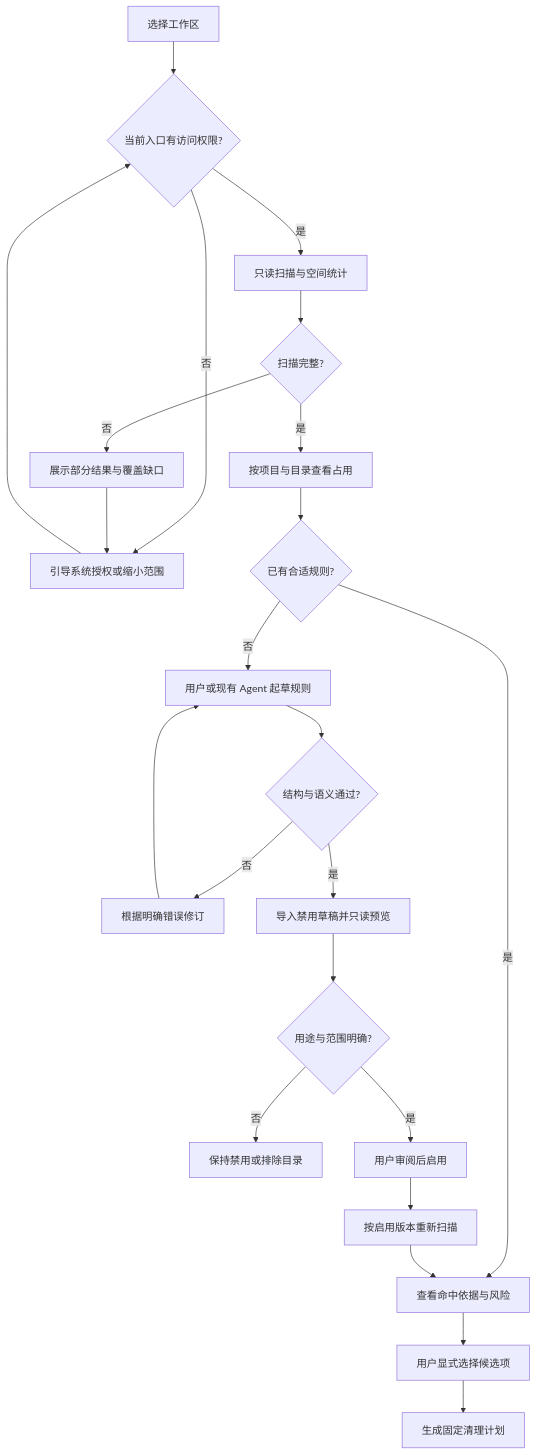
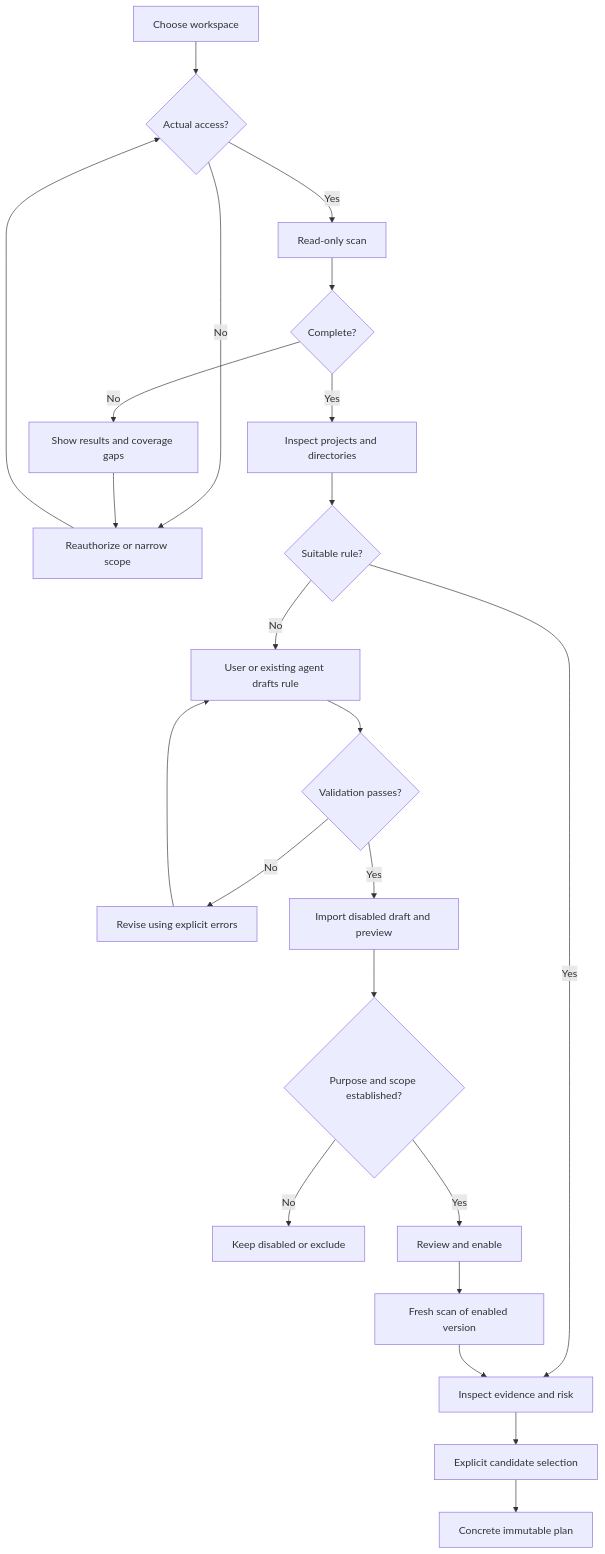
One commit to limecloud/shou changed the first of 6 diagrams in docs/architecture/workflows-and-sequences.md. Above: the diagram before and after it, drawn with Mermaid. The commit also changed other lines of this file and 46 other files, not shown here.

````diff
--- a/docs/architecture/workflows-and-sequences.md
+++ b/docs/architecture/workflows-and-sequences.md
@@ -7,25 +9,25 @@
 ```mermaid
 flowchart TD
-    Start[选择工作区] --> Access{当前入口有访问权限?}
-    Access -->|否| Grant[引导系统授权或缩小范围]
+    Root[Choose workspace] --> Access{Actual access?}
+    Access -->|No| Grant[Reauthorize or narrow scope]
     Grant --> Access
-    Access -->|是| Scan[只读扫描与空间统计]
-    Scan --> Complete{扫描完整?}
-    Complete -->|否| Partial[展示部分结果与覆盖缺口]
+    Access -->|Yes| Scan[Read-only scan]
+    Scan --> Full{Complete?}
+    Full -->|No| Partial[Show results and coverage gaps]
     Partial --> Grant
-    Complete -->|是| Classify[按项目与目录查看占用]
-    Classify --> Known{已有合适规则?}
-    Known -->|是| Evidence[查看命中依据与风险]
-    Known -->|否| Draft[用户或现有 Agent 起草规则]
-    Draft --> Validate{结构与语义通过?}
-    Validate -->|否| Revise[根据明确错误修订]
+    Full -->|Yes| Inspect[Inspect projects and directories]
+    Inspect --> Known{Suitable rule?}
+    Known -->|Yes| Evidence[Inspect evidence and risk]
+    Known -->|No| Draft[User or existing agent drafts rule]
+    Draft --> Valid{Validation passes?}
+    Valid -->|No| Revise[Revise using explicit errors]
     Revise --> Draft
-    Validate -->|是| Import[导入禁用草稿并只读预览]
-    Import --> Review{用途与范围明确?}
-    Review -->|否| Exclude[保持禁用或排除目录]
-    Review -->|是| Enable[用户审阅后启用]
-    Enable --> Rescan[按启用版本重新扫描]
+    Valid -->|Yes| Import[Import disabled draft and preview]
+    Import --> Review{Purpose and scope established?}
+    Review -->|No| Exclude[Keep disabled or exclude]
+    Review -->|Yes| Enable[Review and enable]
+    Enable --> Rescan[Fresh scan of enabled version]
     Rescan --> Evidence
-    Evidence --> Select[用户显式选择候选项]
-    Select --> Plan[生成固定清理计划]
+    Evidence --> Select[Explicit candidate selection]
+    Select --> Plan[Concrete immutable plan]
 ```
````
